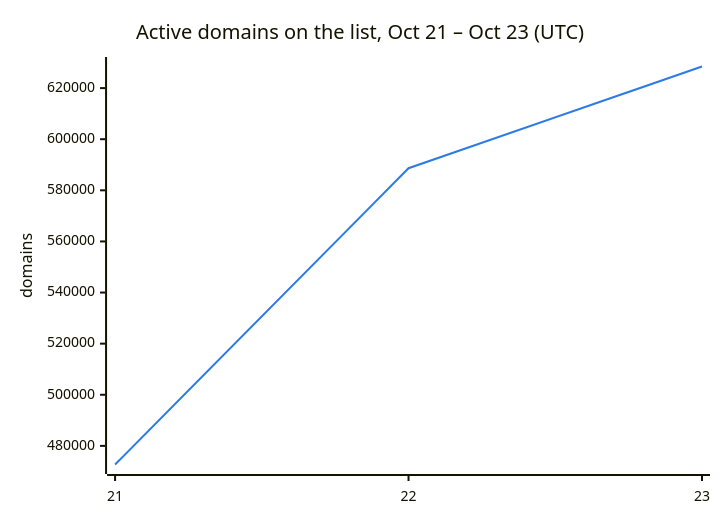
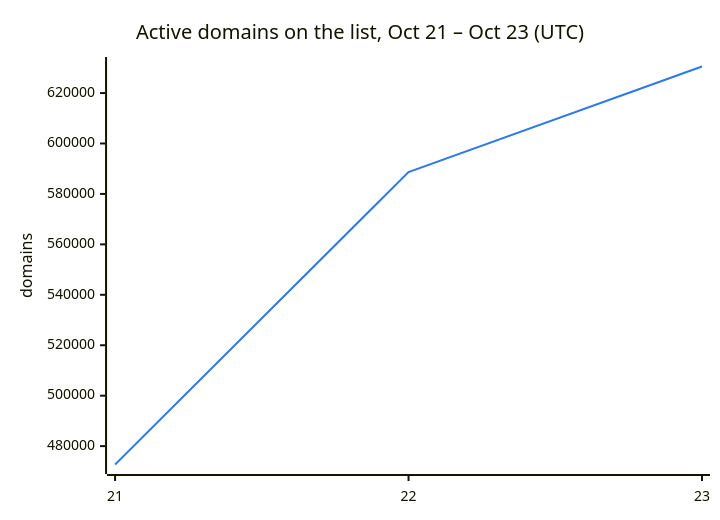
The second of 3 diagrams in README.md (DNSBunker/CTI), drawn with Mermaid before and after one commit. The commit also changed other lines of this file and 3 other files, not shown here.

````diff
--- a/README.md
+++ b/README.md
@@ -38,8 +38,8 @@
 ```mermaid
 %%{init: {"themeVariables": {"xyChart": {"plotColorPalette": "#2c7be5"}}}}%%
 xychart-beta
     title "Active domains on the list, Oct 21 – Oct 23 (UTC)"
     x-axis ["21", "22", "23"]
     y-axis "domains"
-    line [472713, 588659, 628451]
+    line [472713, 588659, 630528]
 ```
````
